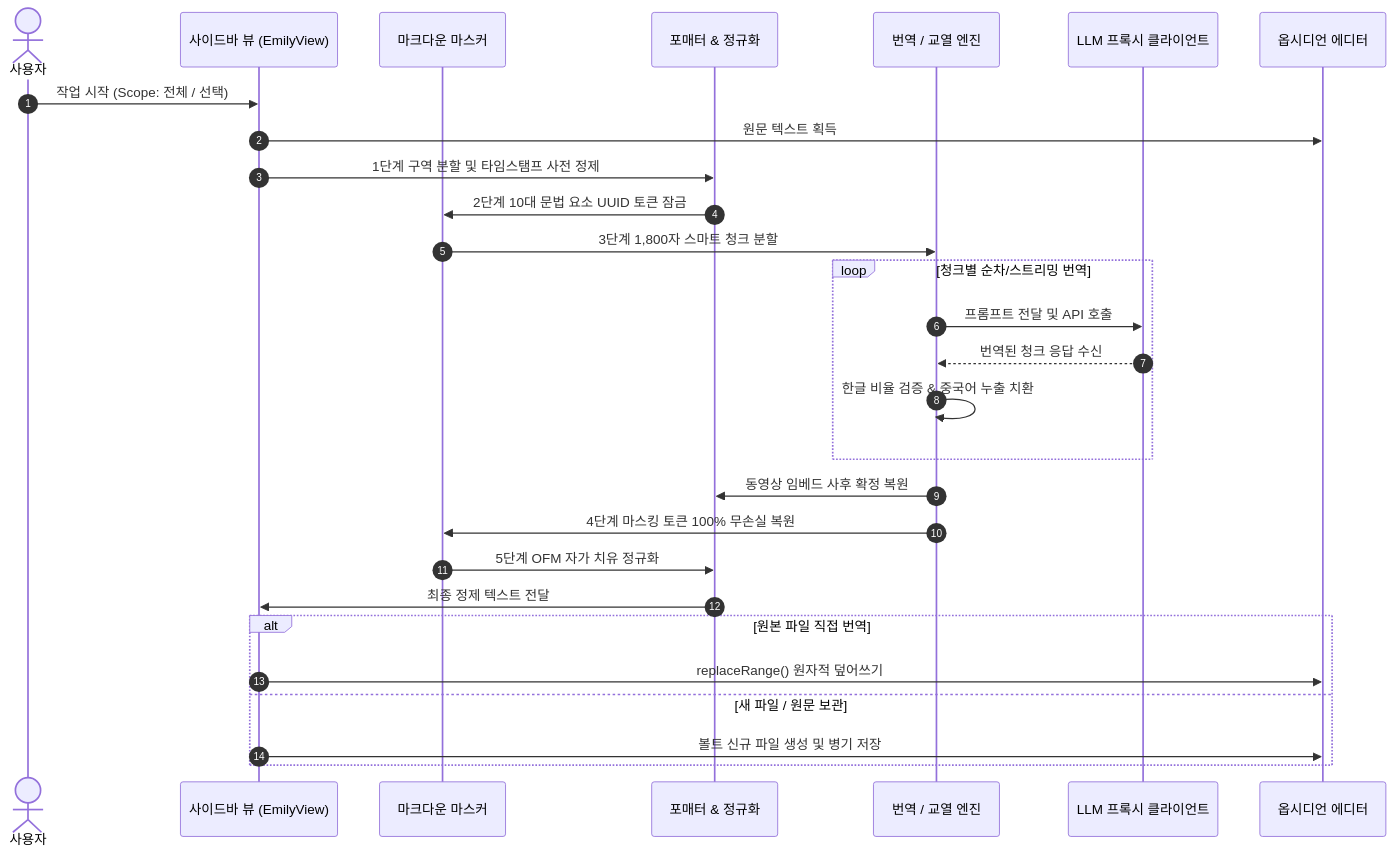
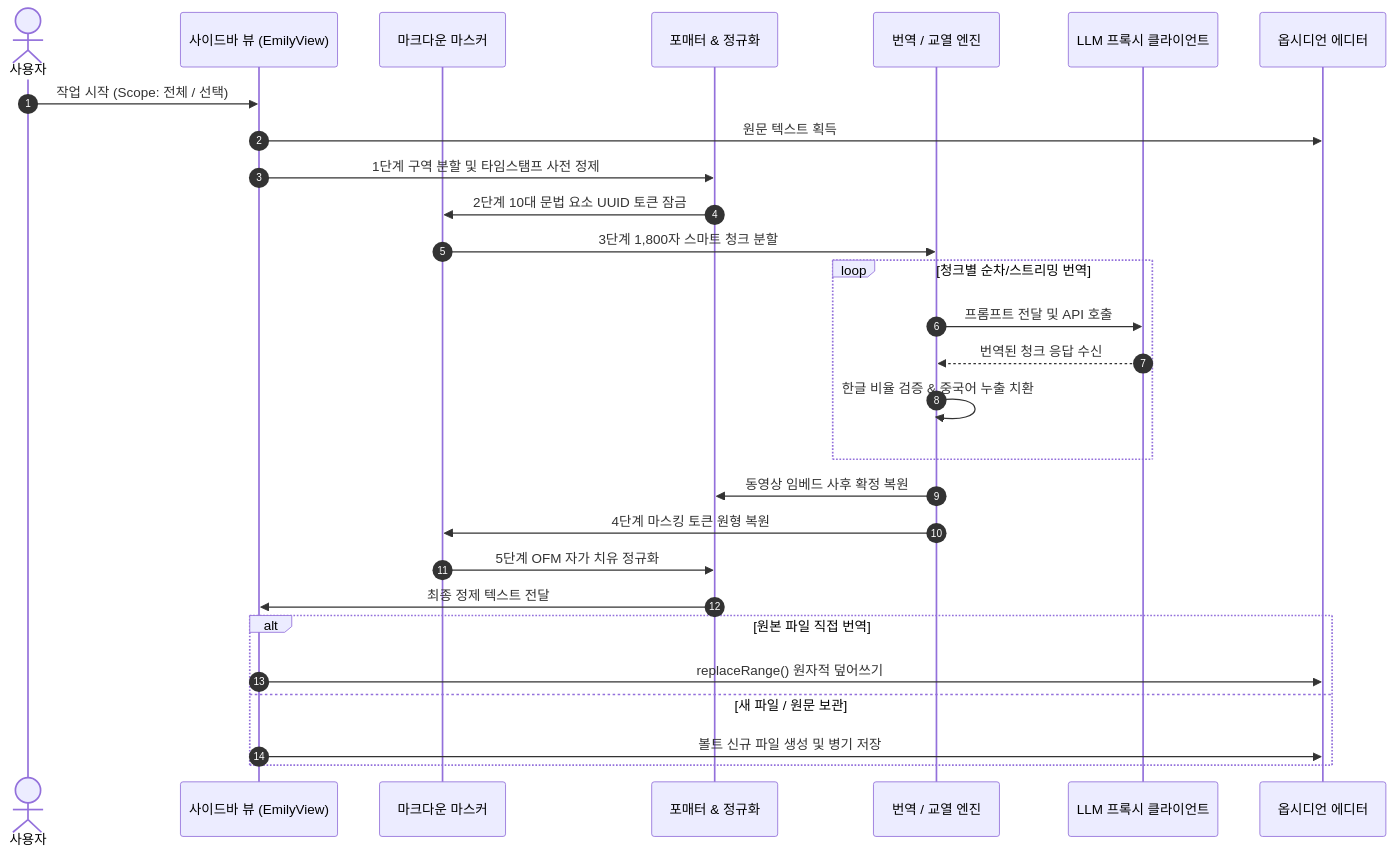
One commit to sparklings/emily changed the second of 2 diagrams in docs/architecture.md. Above: the diagram before and after it, drawn with Mermaid. The commit also changed other lines of this file and 10 other files, not shown here.

Commit message:
docs: eliminate exaggerated claims and ground descriptions in technical architecture

````diff
--- a/docs/architecture.md
+++ b/docs/architecture.md
@@ -95,31 +95,31 @@
 ```mermaid
 sequenceDiagram
     autonumber
     actor User as 사용자
     participant View as 사이드바 뷰 (EmilyView)
     participant Masker as 마크다운 마스커
     participant Formatter as 포매터 & 정규화
     participant Engine as 번역 / 교열 엔진
     participant Proxy as LLM 프록시 클라이언트
     participant Editor as 옵시디언 에디터
 
     User->>View: 작업 시작 (Scope: 전체 / 선택)
     View->>Editor: 원문 텍스트 획득
     View->>Formatter: 1단계 구역 분할 및 타임스탬프 사전 정제
     Formatter->>Masker: 2단계 10대 문법 요소 UUID 토큰 잠금
     Masker->>Engine: 3단계 1,800자 스마트 청크 분할
     loop 청크별 순차/스트리밍 번역
         Engine->>Proxy: 프롬프트 전달 및 API 호출
         Proxy-->>Engine: 번역된 청크 응답 수신
         Engine->>Engine: 한글 비율 검증 & 중국어 누출 치환
     end
     Engine->>Formatter: 동영상 임베드 사후 확정 복원
-    Engine->>Masker: 4단계 마스킹 토큰 100% 무손실 복원
+    Engine->>Masker: 4단계 마스킹 토큰 원형 복원
     Masker->>Formatter: 5단계 OFM 자가 치유 정규화
     Formatter->>View: 최종 정제 텍스트 전달
     alt 원본 파일 직접 번역
         View->>Editor: replaceRange() 원자적 덮어쓰기
     else 새 파일 / 원문 보관
         View->>Editor: 볼트 신규 파일 생성 및 병기 저장
     end
 ```
````
